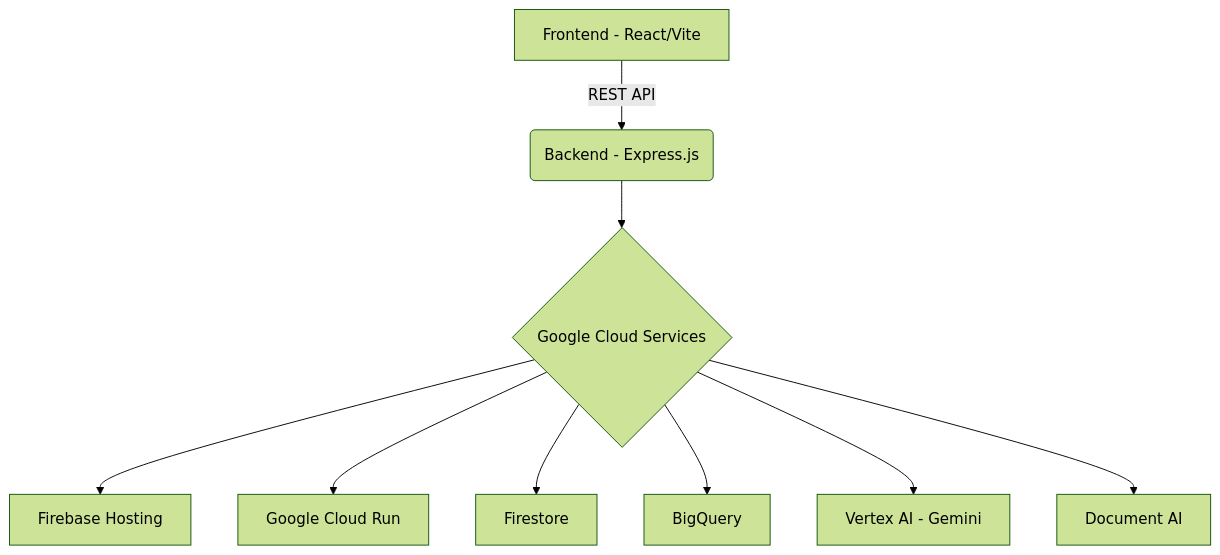
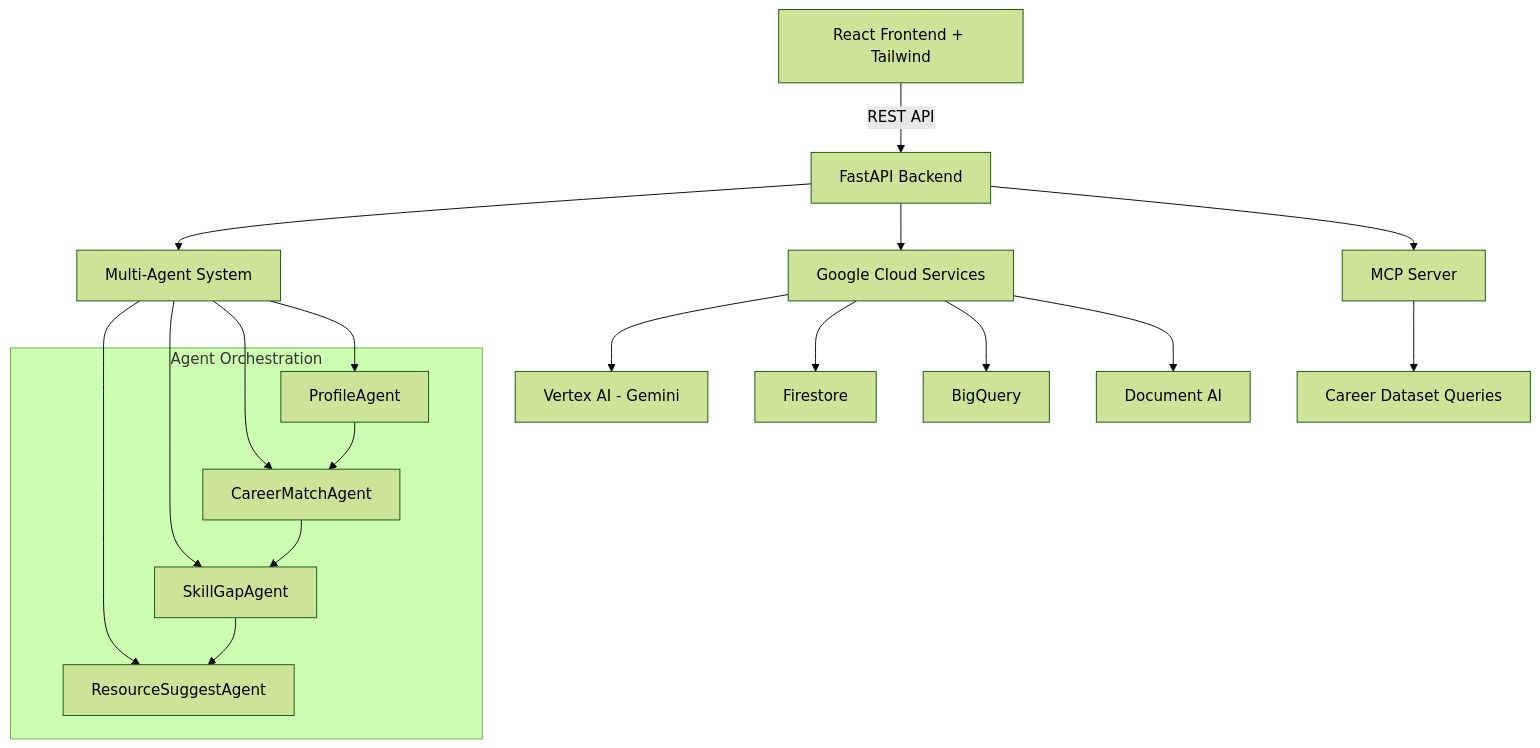
One commit to Pushkarjay/AI-CAREER-ADIVISOR changed the diagram in README.md. Above: the diagram before and after it, drawn with Mermaid (forest theme). The commit also changed other lines of this file and 83 other files, not shown here.

First line of the commit message:
Complete AI Career Advisor implementation with FastAPI backend and React frontend

````diff
--- a/README.md
+++ b/README.md
@@ -7,11 +7,22 @@
 ```mermaid
-graph TD;
-    A[Frontend - React/Vite] -->|REST API| B(Backend - Express.js);
-    B --> C{Google Cloud Services};
-    C --> D[Firebase Hosting];
-    C --> E[Google Cloud Run];
-    C --> F[Firestore];
-    C --> G[BigQuery];
-    C --> H[Vertex AI - Gemini];
-    C --> I[Document AI];
+graph TD
+    A[React Frontend + Tailwind] -->|REST API| B[FastAPI Backend]
+    B --> C[Multi-Agent System]
+    C --> D[ProfileAgent]
+    C --> E[CareerMatchAgent] 
+    C --> F[SkillGapAgent]
+    C --> G[ResourceSuggestAgent]
+    B --> H[Google Cloud Services]
+    H --> I[Vertex AI - Gemini]
+    H --> J[Firestore]
+    H --> K[BigQuery]
+    H --> L[Document AI]
+    B --> M[MCP Server]
+    M --> N[Career Dataset Queries]
+    
+    subgraph "Agent Orchestration"
+    D --> E
+    E --> F
+    F --> G
+    end
 ```
````
